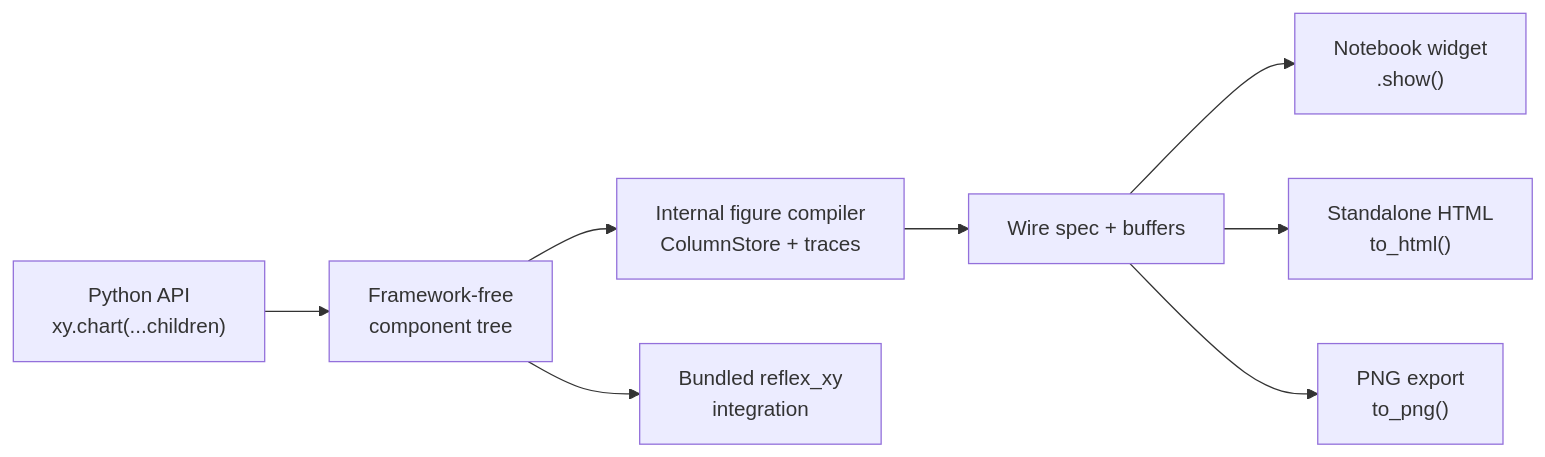
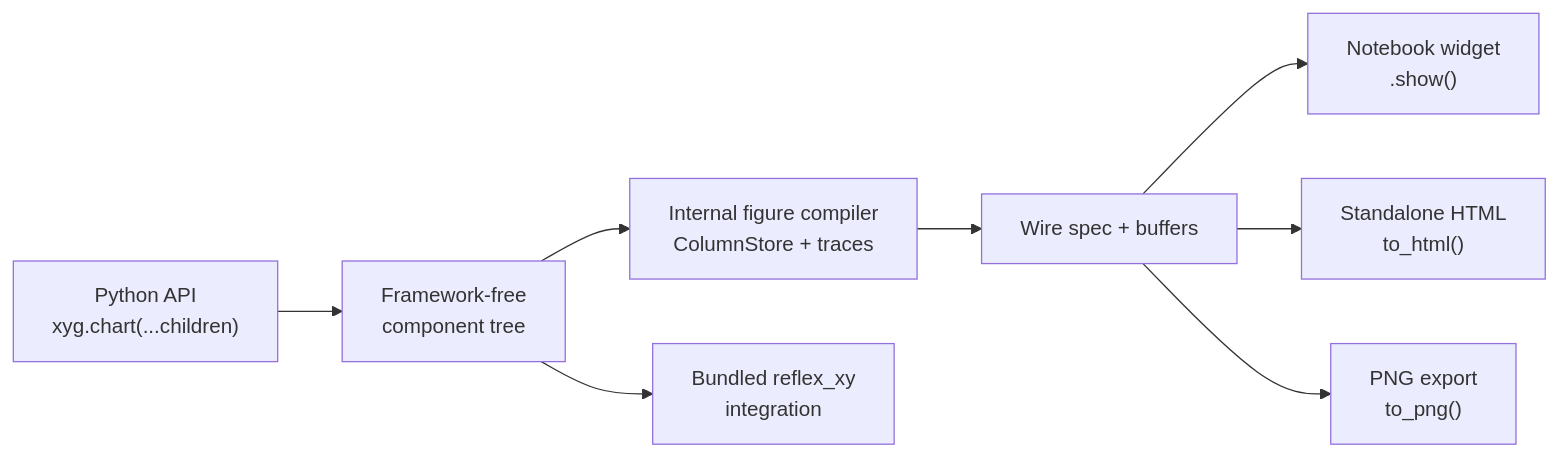
One commit to CurateLabs/xyg changed the diagram in spec/design/reflex-shaped-api.md. Above: the diagram before and after it, drawn with Mermaid. The commit also changed other lines of this file and 596 other files, not shown here.

Commit message:
Rename the Python import namespace to xyg

````diff
--- a/spec/design/reflex-shaped-api.md
+++ b/spec/design/reflex-shaped-api.md
@@ -60,17 +60,17 @@
 ```mermaid
 flowchart LR
-  USER["Python API<br/>xy.chart(...children)"]
+  USER["Python API<br/>xyg.chart(...children)"]
   TREE["Framework-free<br/>component tree"]
   FIG["Internal figure compiler<br/>ColumnStore + traces"]
   SPEC["Wire spec + buffers"]
   NB["Notebook widget<br/>.show()"]
   HTML["Standalone HTML<br/>to_html()"]
   PNG["PNG export<br/>to_png()"]
   RX["Bundled reflex_xy<br/>integration"]
 
   USER --> TREE --> FIG --> SPEC
   SPEC --> NB
   SPEC --> HTML
   SPEC --> PNG
   TREE --> RX
 ```
````
